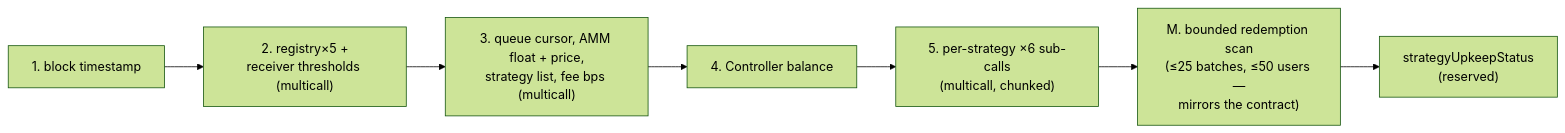
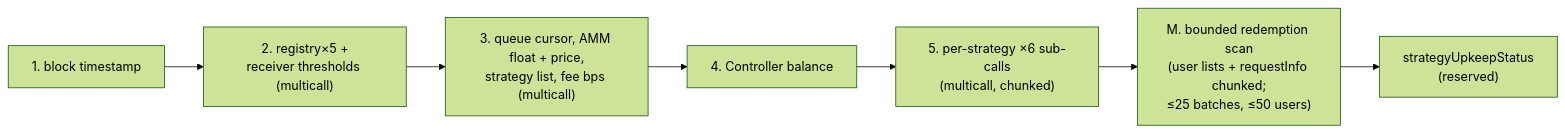
The third of 3 diagrams in blueprints/05-read-budget.md (everstrat-xyz/keepers), drawn with Mermaid (forest theme) before and after one commit. The commit also changed 11 other files, not shown here.

Commit message:
fix: w1 truncation + w2 user lists chunking

````diff
--- a/blueprints/05-read-budget.md
+++ b/blueprints/05-read-budget.md
@@ -59,9 +59,9 @@
 ```mermaid
 flowchart LR
     S1["1. block timestamp"] --> S2["2. registry×5 +<br/>receiver thresholds (multicall)"]
     S2 --> S3["3. queue cursor, AMM float + price,<br/>strategy list, fee bps (multicall)"]
     S3 --> S4["4. Controller balance"]
     S4 --> S5["5. per-strategy ×6 sub-calls<br/>(multicall, chunked)"]
-    S5 --> S6["M. bounded redemption scan<br/>(≤25 batches, ≤50 users —<br/>mirrors the contract)"]
+    S5 --> S6["M. bounded redemption scan<br/>(user lists + requestInfo chunked;<br/>≤25 batches, ≤50 users)"]
     S6 --> S7["strategyUpkeepStatus<br/>(reserved)"]
 ```
````
